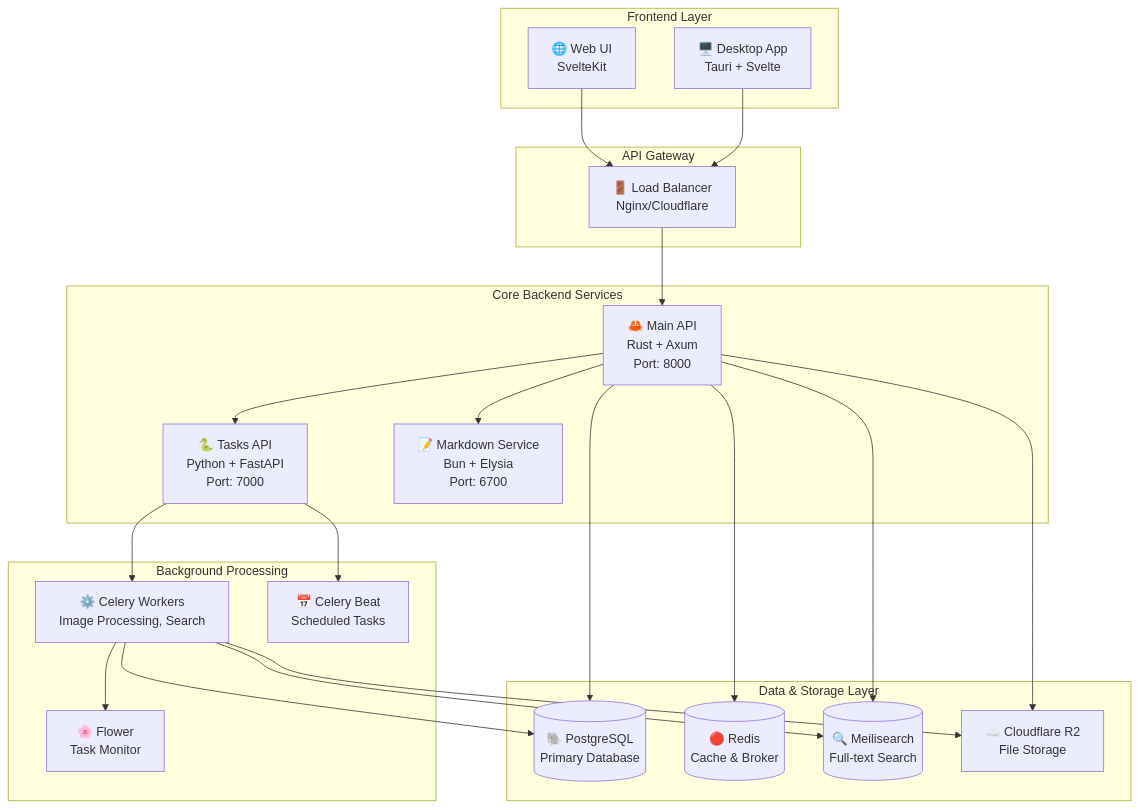
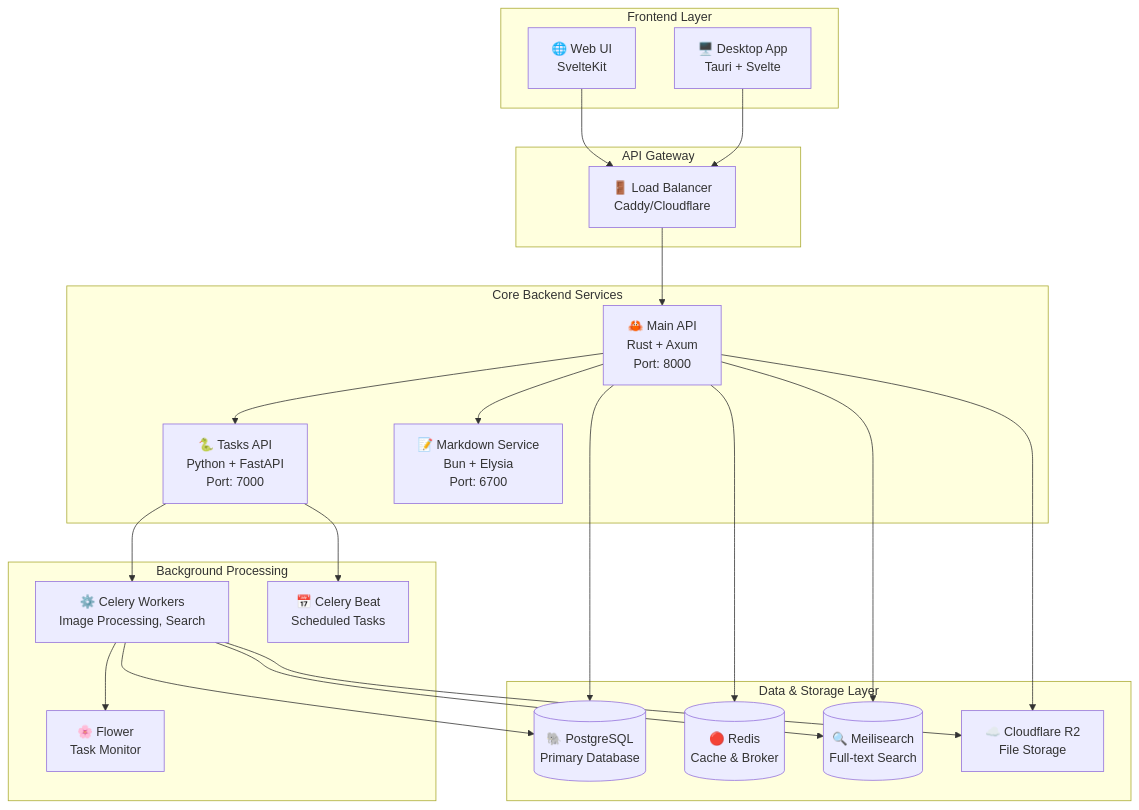
Before and after one commit to levish0/mofumofu: the diagram in README.md, drawn with Mermaid.

````diff
--- a/README.md
+++ b/README.md
@@ -40,49 +40,49 @@
 ```mermaid
 graph TB
     subgraph "Frontend Layer"
         UI[🌐 Web UI<br/>SvelteKit]
         DESKTOP[🖥️ Desktop App<br/>Tauri + Svelte]
     end
 
     subgraph "API Gateway"
-        GATEWAY[🚪 Load Balancer<br/>Nginx/Cloudflare]
+        GATEWAY[🚪 Load Balancer<br/>Caddy/Cloudflare]
     end
 
     subgraph "Core Backend Services"
         API[🦀 Main API<br/>Rust + Axum<br/>Port: 8000]
         TASKS[🐍 Tasks API<br/>Python + FastAPI<br/>Port: 7000]
         MARKDOWN[📝 Markdown Service<br/>Bun + Elysia<br/>Port: 6700]
     end
 
     subgraph "Background Processing"
         WORKER[⚙️ Celery Workers<br/>Image Processing, Search]
         BEAT[📅 Celery Beat<br/>Scheduled Tasks]
         FLOWER[🌸 Flower<br/>Task Monitor]
     end
 
     subgraph "Data & Storage Layer"
         POSTGRES[(🐘 PostgreSQL<br/>Primary Database)]
         REDIS[(🔴 Redis<br/>Cache & Broker)]
         SEARCH[(🔍 Meilisearch<br/>Full-text Search)]
         R2[☁️ Cloudflare R2<br/>File Storage]
     end
 
     UI --> GATEWAY
     DESKTOP --> GATEWAY
     GATEWAY --> API
     API --> TASKS
     API --> MARKDOWN
     API --> POSTGRES
     API --> REDIS
     API --> SEARCH
 
     TASKS --> WORKER
     TASKS --> BEAT
     WORKER --> FLOWER
 
     WORKER --> POSTGRES
     WORKER --> SEARCH
     WORKER --> R2
 
     API --> R2
 ```
````
